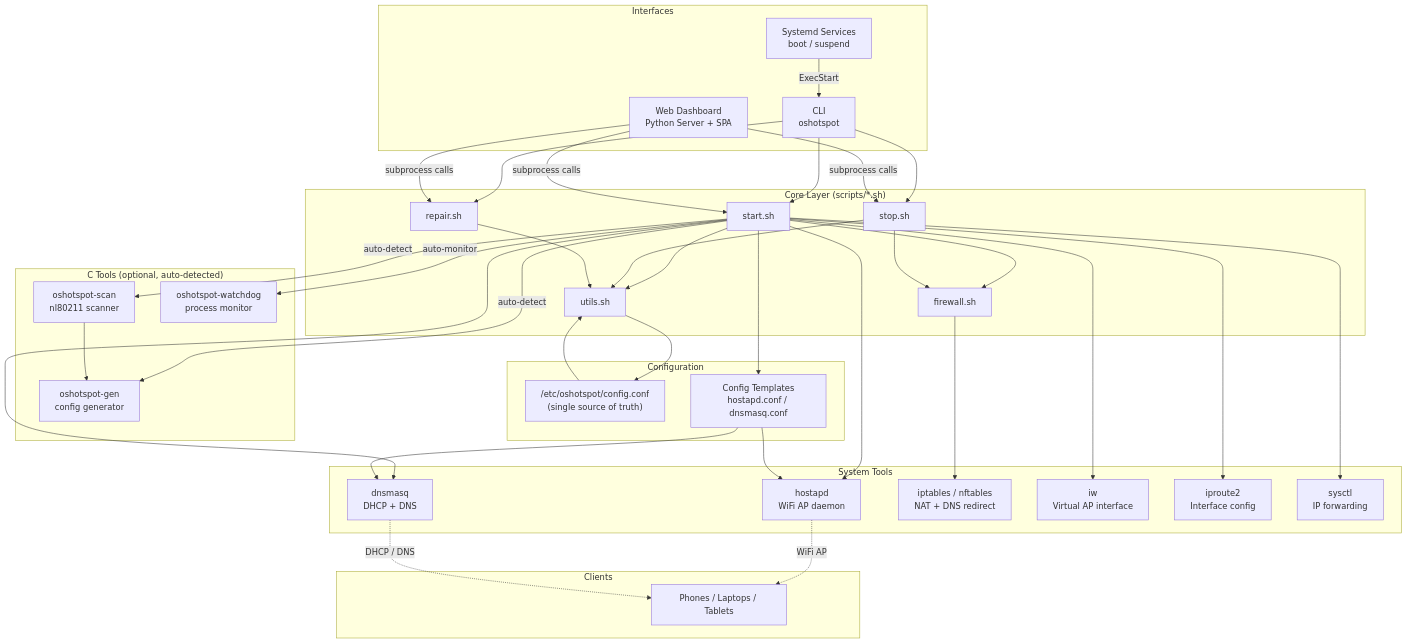
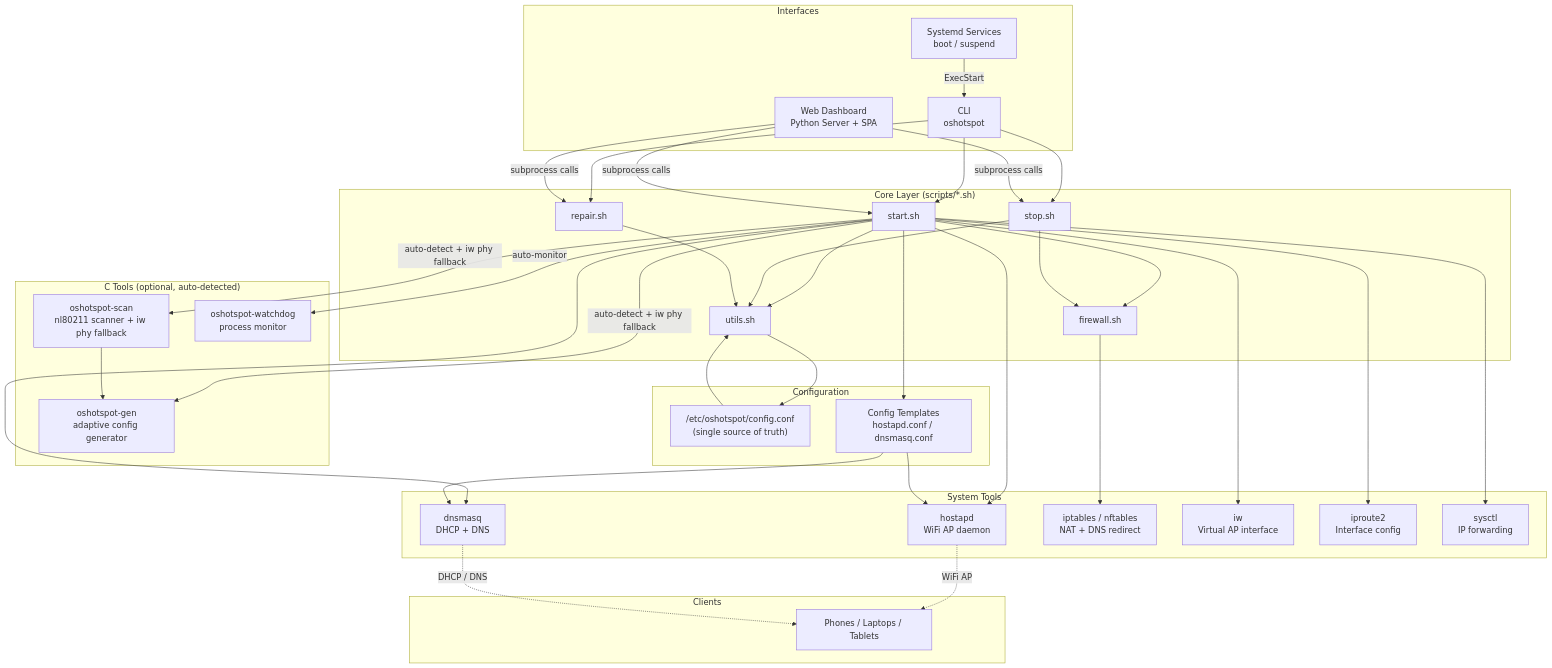
Before and after one commit to King03-sam/OSHotspot: the first of 9 diagrams in ARCHITECTURE.md, drawn with Mermaid. The commit also changed other lines of this file, not shown here.

First line of the commit message:
docs: update ARCHITECTURE.md to match current codebase

````diff
--- a/ARCHITECTURE.md
+++ b/ARCHITECTURE.md
@@ -9,60 +9,60 @@
 ```mermaid
 graph TB
     subgraph Interfaces
         CLI[CLI<br/>oshotspot]
         WEB[Web Dashboard<br/>Python Server + SPA]
         SYSD[Systemd Services<br/>boot / suspend]
     end
 
     subgraph CTools["C Tools (optional, auto-detected)"]
-        SCAN[oshotspot-scan<br/>nl80211 scanner]
-        GEN[oshotspot-gen<br/>config generator]
+        SCAN[oshotspot-scan<br/>nl80211 scanner + iw phy fallback]
+        GEN[oshotspot-gen<br/>adaptive config generator]
         WD[oshotspot-watchdog<br/>process monitor]
     end
 
     subgraph Core["Core Layer (scripts/*.sh)"]
         START[start.sh]
         STOP[stop.sh]
         REPAIR[repair.sh]
         UTILS[utils.sh]
         FW[firewall.sh]
     end
 
     subgraph Config["Configuration"]
         CONF["/etc/oshotspot/config.conf<br/>(single source of truth)"]
         TPLS["Config Templates<br/>hostapd.conf / dnsmasq.conf"]
     end
 
     subgraph System["System Tools"]
         HOSTAPD[hostapd<br/>WiFi AP daemon]
         DNSMASQ[dnsmasq<br/>DHCP + DNS]
         IPTABLES[iptables / nftables<br/>NAT + DNS redirect]
         IW[iw<br/>Virtual AP interface]
         IP[iproute2<br/>Interface config]
         SYSCTL[sysctl<br/>IP forwarding]
     end
 
     subgraph Clients
         PHONES[Phones / Laptops / Tablets]
     end
 
     CLI --> START & STOP & REPAIR
     WEB -->|"subprocess calls"| START & STOP & REPAIR
     SYSD -->|"ExecStart"| CLI
 
     START & STOP & REPAIR --> UTILS
     START --> FW --> IPTABLES
     STOP --> FW
     START --> HOSTAPD & DNSMASQ & IW & IP & SYSCTL
 
     UTILS --> CONF
     START --> TPLS --> HOSTAPD & DNSMASQ
     CONF --> UTILS
 
-    START -->|"auto-detect"| SCAN & GEN
+    START -->|"auto-detect + iw phy fallback"| SCAN & GEN
     START -->|"auto-monitor"| WD
     SCAN --> GEN
 
     HOSTAPD -.->|WiFi AP| PHONES
     DNSMASQ -.->|DHCP / DNS| PHONES
 ```
````
